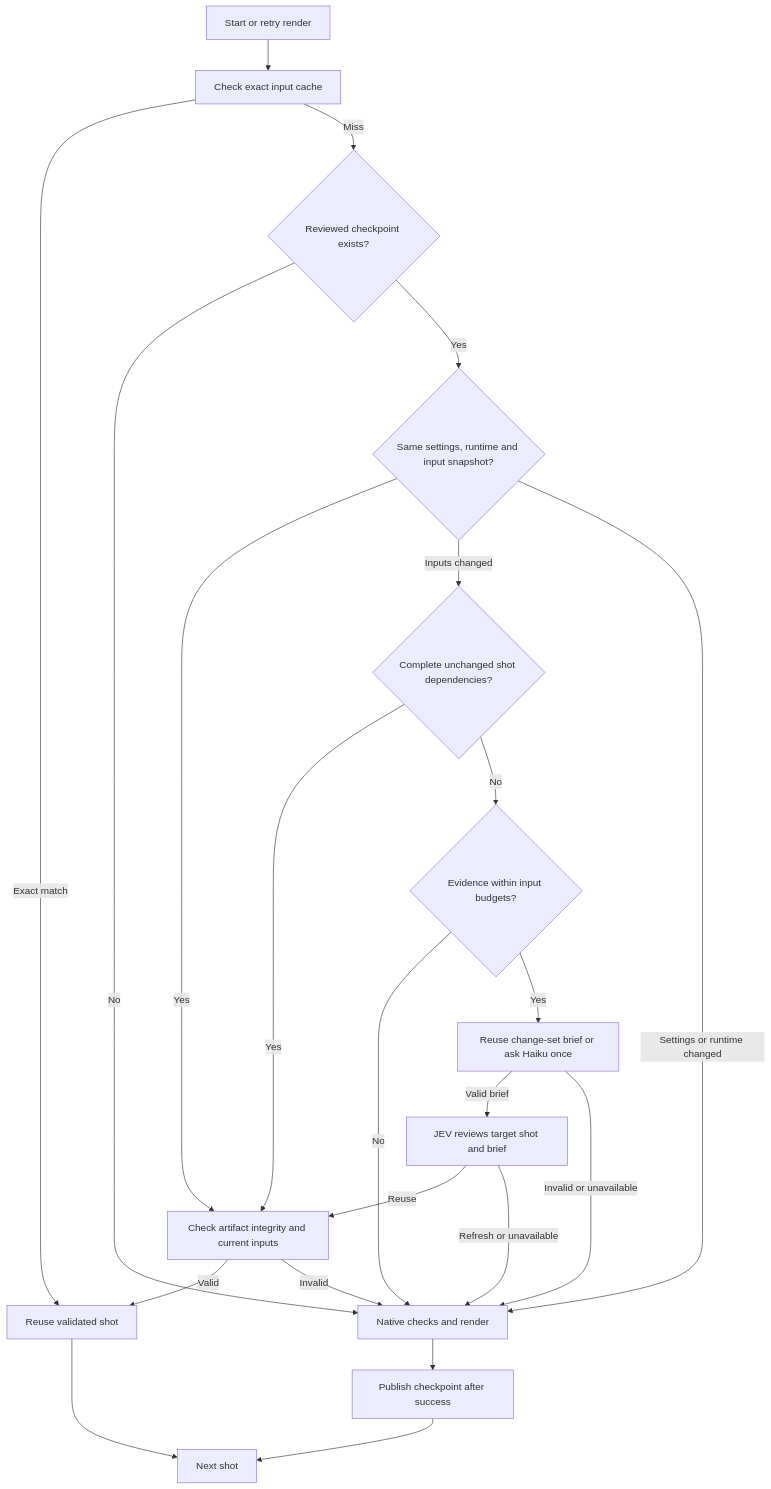
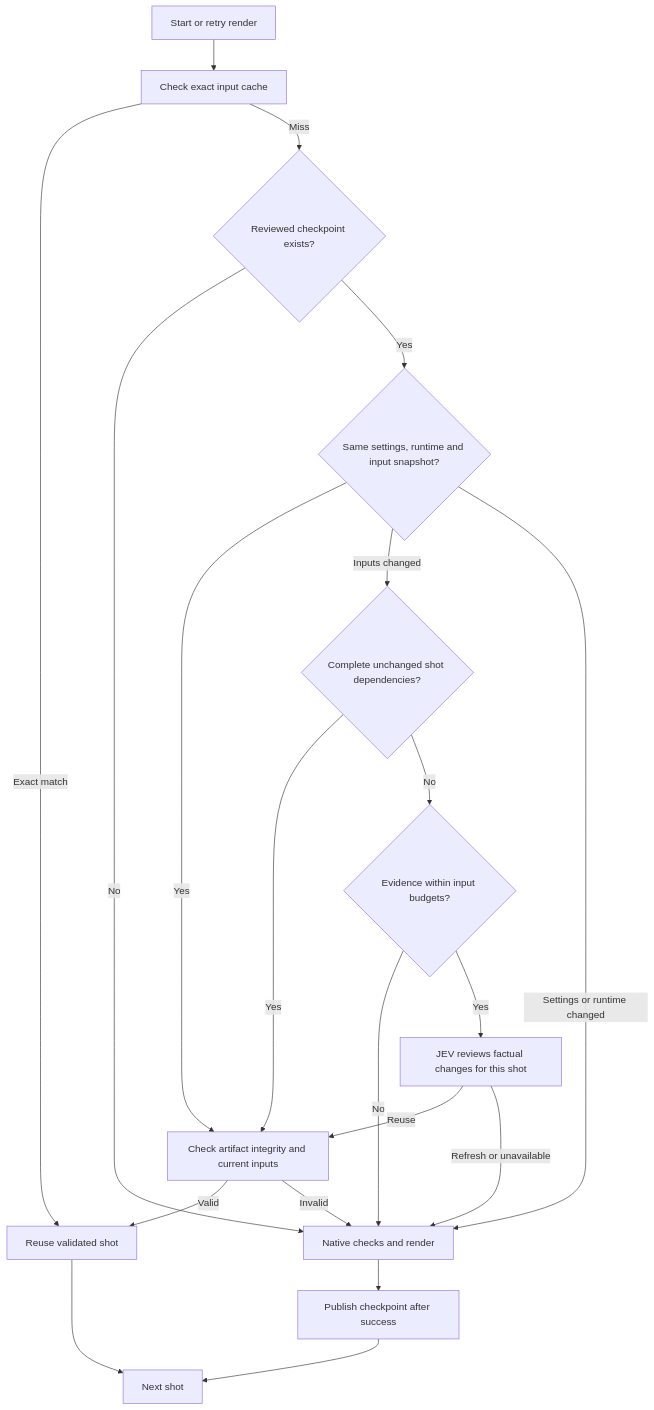
One commit to delexw/kiteva changed the diagram in docs/render-cache-recovery.md. Above: the diagram before and after it, drawn with Mermaid. The commit also changed other lines of this file and 236 other files, not shown here.

````diff
--- a/docs/render-cache-recovery.md
+++ b/docs/render-cache-recovery.md
@@ -5,24 +5,22 @@
 ```mermaid
 flowchart TD
     A[Start or retry render] --> B[Check exact input cache]
     B -->|Exact match| R[Reuse validated shot]
     B -->|Miss| C{Reviewed checkpoint exists?}
     C -->|No| V[Native checks and render]
     C -->|Yes| D{Same settings, runtime and input snapshot?}
     D -->|Yes| I[Check artifact integrity and current inputs]
     D -->|Inputs changed| G{Complete unchanged shot dependencies?}
     G -->|Yes| I
     G -->|No| L{Evidence within input budgets?}
     L -->|No| V
-    L -->|Yes| H[Reuse change-set brief or ask Haiku once]
-    H -->|Valid brief| J[JEV reviews target shot and brief]
-    H -->|Invalid or unavailable| V
+    L -->|Yes| J[JEV reviews factual changes for this shot]
     D -->|Settings or runtime changed| V
     J -->|Reuse| I
     J -->|Refresh or unavailable| V
     I -->|Valid| R
     I -->|Invalid| V
     V --> P[Publish checkpoint after success]
     P --> N[Next shot]
     R --> N
 ```
````
